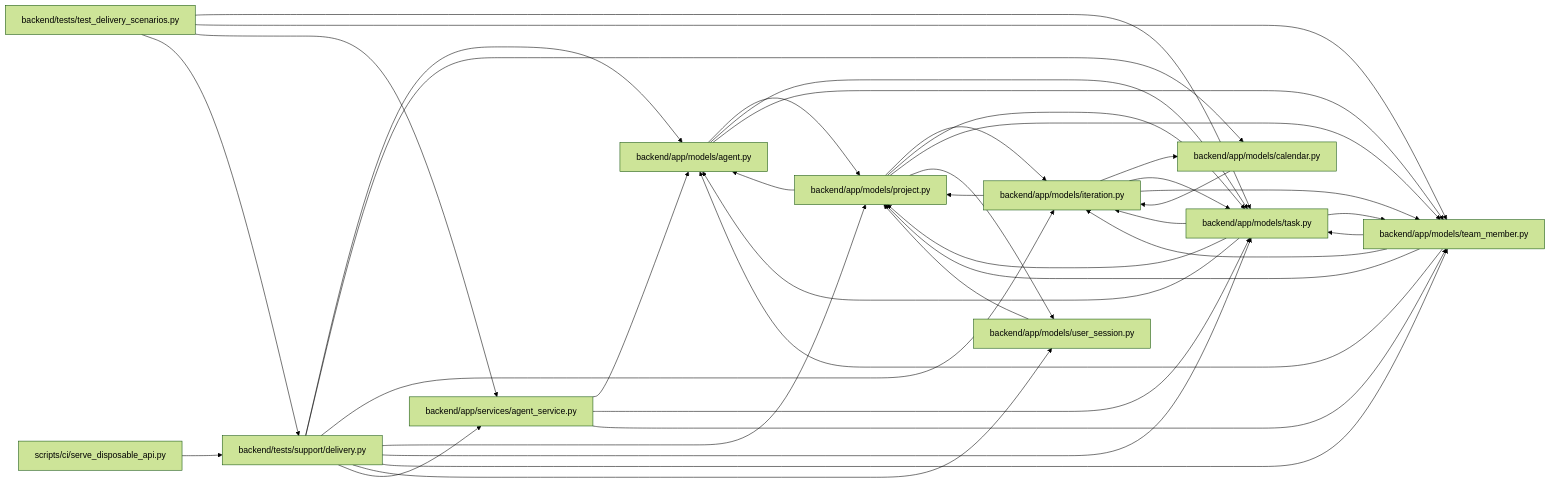
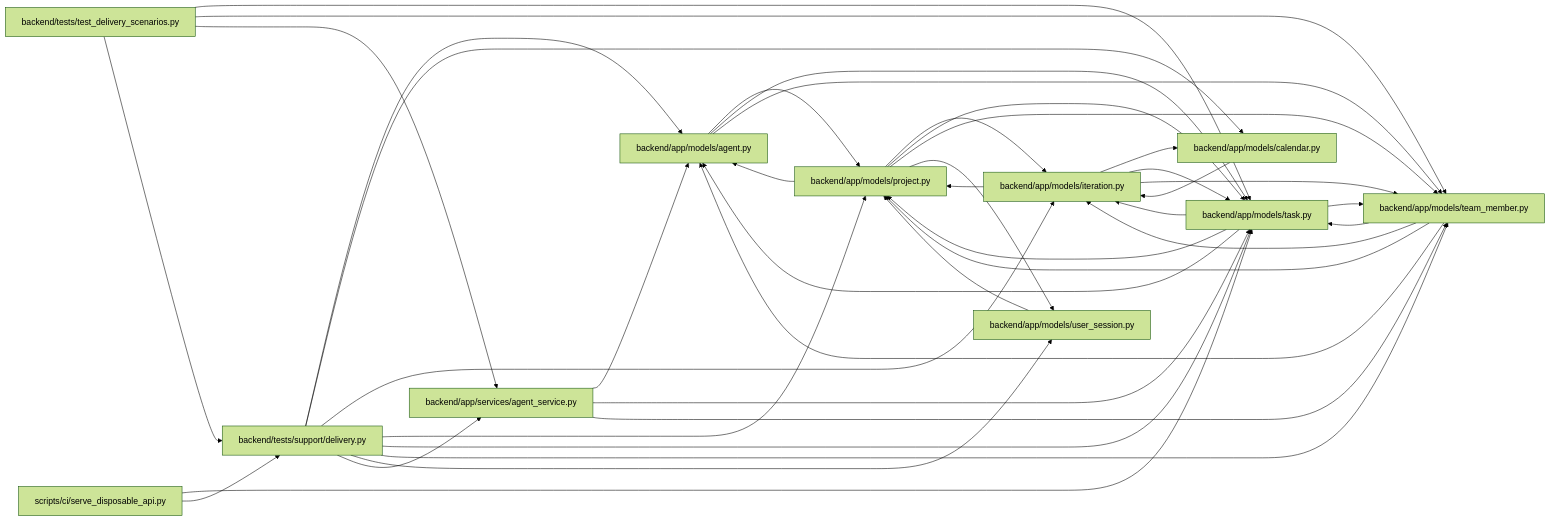
The diagram in docs/llm_wiki/modules/delivery.md (Denissvgn/WorkChord), drawn with Mermaid (forest theme) before and after one commit. The commit also changed 6624 other files, not shown here.

````diff
--- a/docs/llm_wiki/modules/delivery.md
+++ b/docs/llm_wiki/modules/delivery.md
@@ -28,63 +28,64 @@
 ```mermaid
 flowchart LR
     n0["backend/app/models/agent.py"]
     n1["backend/app/models/calendar.py"]
     n2["backend/app/models/iteration.py"]
     n3["backend/app/models/project.py"]
     n4["backend/app/models/task.py"]
     n5["backend/app/models/team_member.py"]
     n6["backend/app/models/user_session.py"]
     n7["backend/app/services/agent_service.py"]
     n8["backend/tests/support/delivery.py"]
     n9["backend/tests/test_delivery_scenarios.py"]
     n10["scripts/ci/serve_disposable_api.py"]
     n0 --> n3
     n0 --> n4
     n0 --> n5
     n1 --> n2
     n2 --> n1
     n2 --> n3
     n2 --> n4
     n2 --> n5
     n3 --> n0
     n3 --> n2
     n3 --> n4
     n3 --> n5
     n3 --> n6
     n4 --> n0
     n4 --> n2
     n4 --> n3
     n4 --> n5
     n5 --> n0
     n5 --> n2
     n5 --> n3
     n5 --> n4
     n6 --> n3
     n7 --> n0
     n7 --> n4
     n7 --> n5
     n8 --> n0
     n8 --> n1
     n8 --> n2
     n8 --> n3
     n8 --> n4
     n8 --> n5
     n8 --> n6
     n8 --> n7
     n9 --> n4
     n9 --> n5
     n9 --> n7
     n9 --> n8
+    n10 --> n4
     n10 --> n8
     click n0 "../modules/models_agent.md"
     click n1 "../modules/models_calendar.md"
     click n2 "../modules/models_iteration.md"
     click n3 "../modules/models_project.md"
     click n4 "../modules/models_task.md"
     click n5 "../modules/team_member.md"
     click n6 "../modules/user_session.md"
     click n7 "../modules/agent_service.md"
     click n8 "../modules/delivery.md"
     click n9 "../modules/test_delivery_scenarios.md"
     click n10 "../modules/serve_disposable_api.md"
 ```
````
